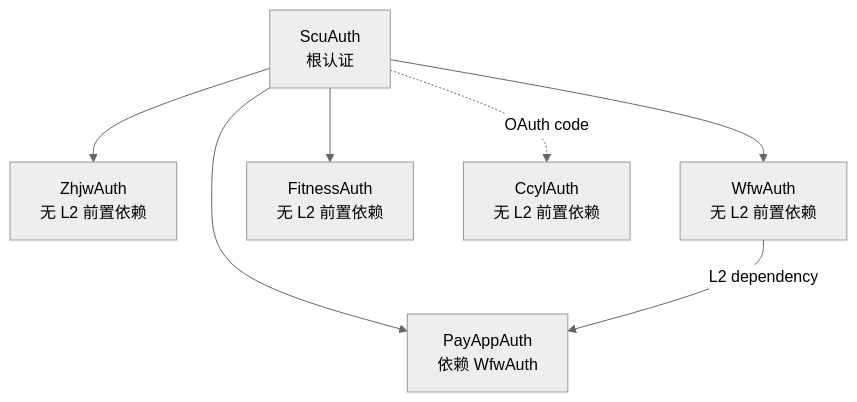
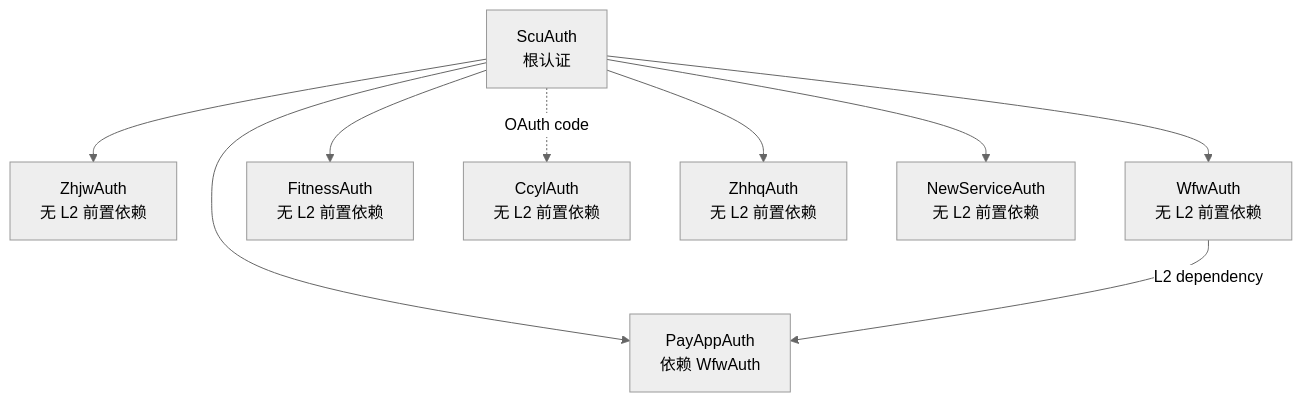
Before and after one commit to The-Brotherhood-of-SCU/Bugaoshan_docs_page: the second of 5 diagrams in docs/develop/architecture/authentication.md, drawn with Mermaid (neutral theme). The commit also changed other lines of this file and 2 other files, not shown here.

````diff
--- a/docs/develop/architecture/authentication.md
+++ b/docs/develop/architecture/authentication.md
@@ -132,16 +144,20 @@
 ```mermaid
 flowchart TD
     SCU["ScuAuth<br/>根认证"]
     ZHJW["ZhjwAuth<br/>无 L2 前置依赖"]
     WFW["WfwAuth<br/>无 L2 前置依赖"]
     FITNESS["FitnessAuth<br/>无 L2 前置依赖"]
     CCYL["CcylAuth<br/>无 L2 前置依赖"]
+    ZHHQ["ZhhqAuth<br/>无 L2 前置依赖"]
+    NEWSVC["NewServiceAuth<br/>无 L2 前置依赖"]
     PAYAPP["PayAppAuth<br/>依赖 WfwAuth"]
 
     SCU --> ZHJW
     SCU --> WFW
     SCU --> FITNESS
     SCU -.OAuth code.-> CCYL
+    SCU --> ZHHQ
+    SCU --> NEWSVC
     SCU --> PAYAPP
     WFW -->|L2 dependency| PAYAPP
 ```
````
